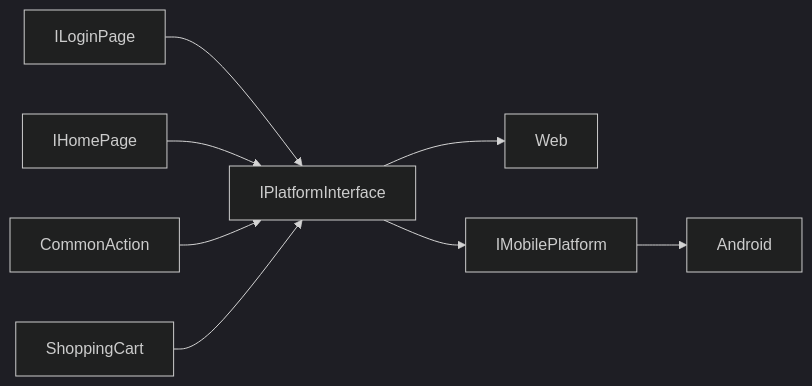
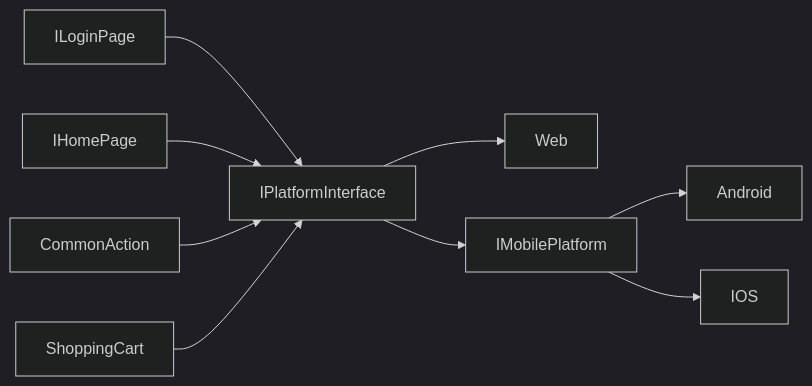
One commit to Vijay-Durairaj/SeleniumFramework changed the first of 4 diagrams in README.md. Above: the diagram before and after it, drawn with Mermaid (dark theme). The commit also changed other lines of this file and 2 other files, not shown here.

````diff
--- a/README.md
+++ b/README.md
@@ -136,10 +139,11 @@
 ```mermaid
 flowchart LR
     ILoginPage --> IPlatformInterface
     IHomePage --> IPlatformInterface
     CommonAction --> IPlatformInterface
     ShoppingCart --> IPlatformInterface
     IPlatformInterface --> Web
     IPlatformInterface --> IMobilePlatform
     IMobilePlatform --> Android
+    IMobilePlatform --> IOS
 ```
````
